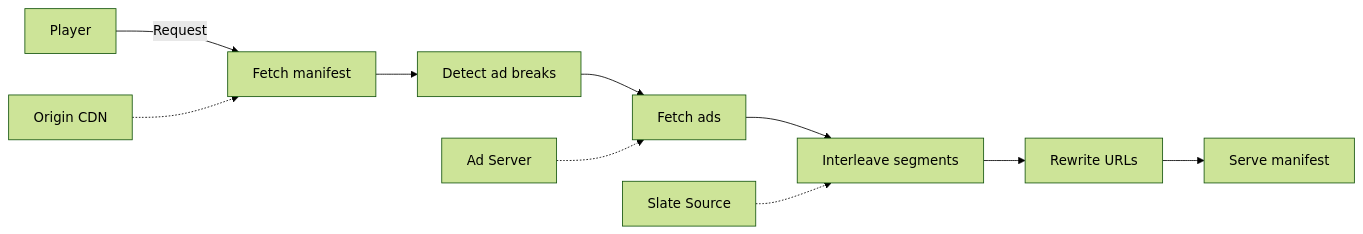
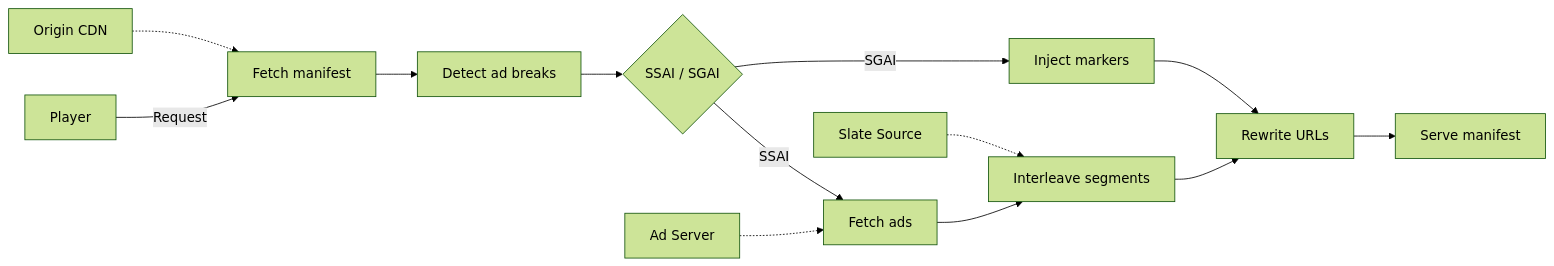
Before and after one commit to JoeldelPilar/ritcher: the diagram in README.md, drawn with Mermaid (forest theme). The commit also changed other lines of this file, not shown here.

Commit message:
docs: update architecture diagram with SSAI/SGAI flow
The Mermaid diagram now shows both SSAI and SGAI paths branching
after ad break detection, with a brief explanation below.

````diff
--- a/README.md
+++ b/README.md
@@ -53,12 +53,15 @@
 ```mermaid
 graph LR
-    Player -->|Request| S1
-    S1[Fetch manifest] --> S2[Detect ad breaks]
-    S2 --> S3[Fetch ads]
+    Player -->|Request| S1[Fetch manifest]
+    S1 --> S2[Detect ad breaks]
+    S2 --> Mode{SSAI / SGAI}
+    Mode -->|SSAI| S3[Fetch ads]
     S3 --> S4[Interleave segments]
-    S4 --> S5[Rewrite URLs]
-    S5 --> S6[Serve manifest]
+    Mode -->|SGAI| S5[Inject markers]
+    S4 --> S6[Rewrite URLs]
+    S5 --> S6
+    S6 --> S7[Serve manifest]
     CDN[Origin CDN] -.-> S1
     ADS[Ad Server] -.-> S3
     SLATE[Slate Source] -.-> S4
 ```
````
